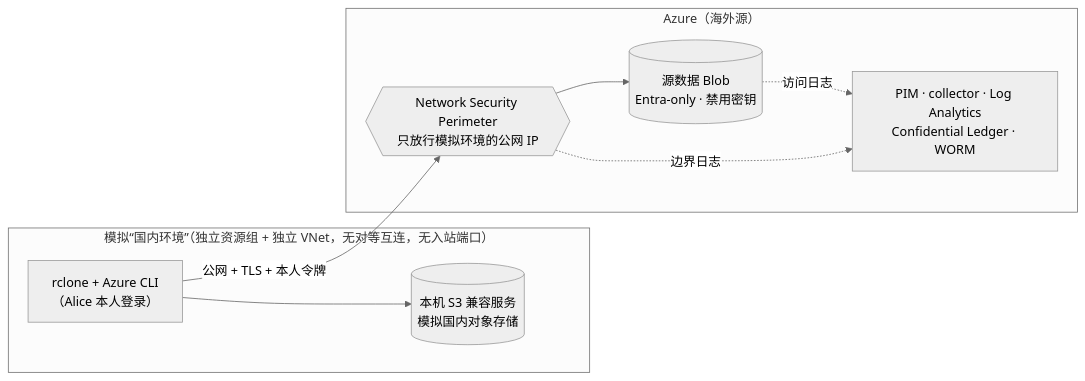
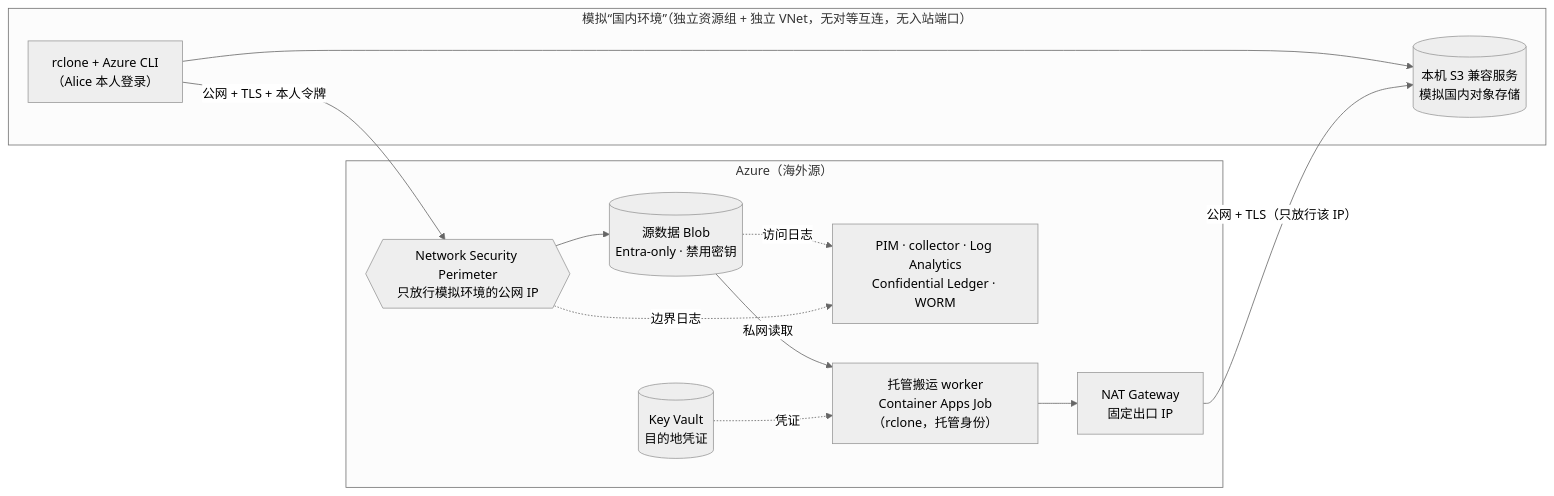
One commit to wukong121/cross-ledger changed the diagram in docs/poc-report.md. Above: the diagram before and after it, drawn with Mermaid (neutral theme). The commit also changed other lines of this file and 66 other files, not shown here.

````diff
--- a/docs/poc-report.md
+++ b/docs/poc-report.md
@@ -36,16 +37,22 @@
 ```mermaid
 flowchart LR
   subgraph SIM["模拟“国内环境”（独立资源组 + 独立 VNet，无对等互连，无入站端口）"]
     DEV["rclone + Azure CLI<br/>（Alice 本人登录）"]
     S3[("本机 S3 兼容服务<br/>模拟国内对象存储")]
   end
   subgraph AZ["Azure（海外源）"]
     NSP{{"Network Security Perimeter<br/>只放行模拟环境的公网 IP"}}
     SRC[("源数据 Blob<br/>Entra-only · 禁用密钥")]
     GOV["PIM · collector · Log Analytics<br/>Confidential Ledger · WORM"]
+    W["托管搬运 worker<br/>Container Apps Job（rclone，托管身份）"]
+    KV[("Key Vault<br/>目的地凭证")]
+    NAT["NAT Gateway<br/>固定出口 IP"]
   end
   DEV -- "公网 + TLS + 本人令牌" --> NSP --> SRC
   DEV --> S3
   SRC -. "访问日志" .-> GOV
   NSP -. "边界日志" .-> GOV
+  SRC -- "私网读取" --> W
+  KV -. "凭证" .-> W
+  W --> NAT -- "公网 + TLS（只放行该 IP）" --> S3
 ```
````
